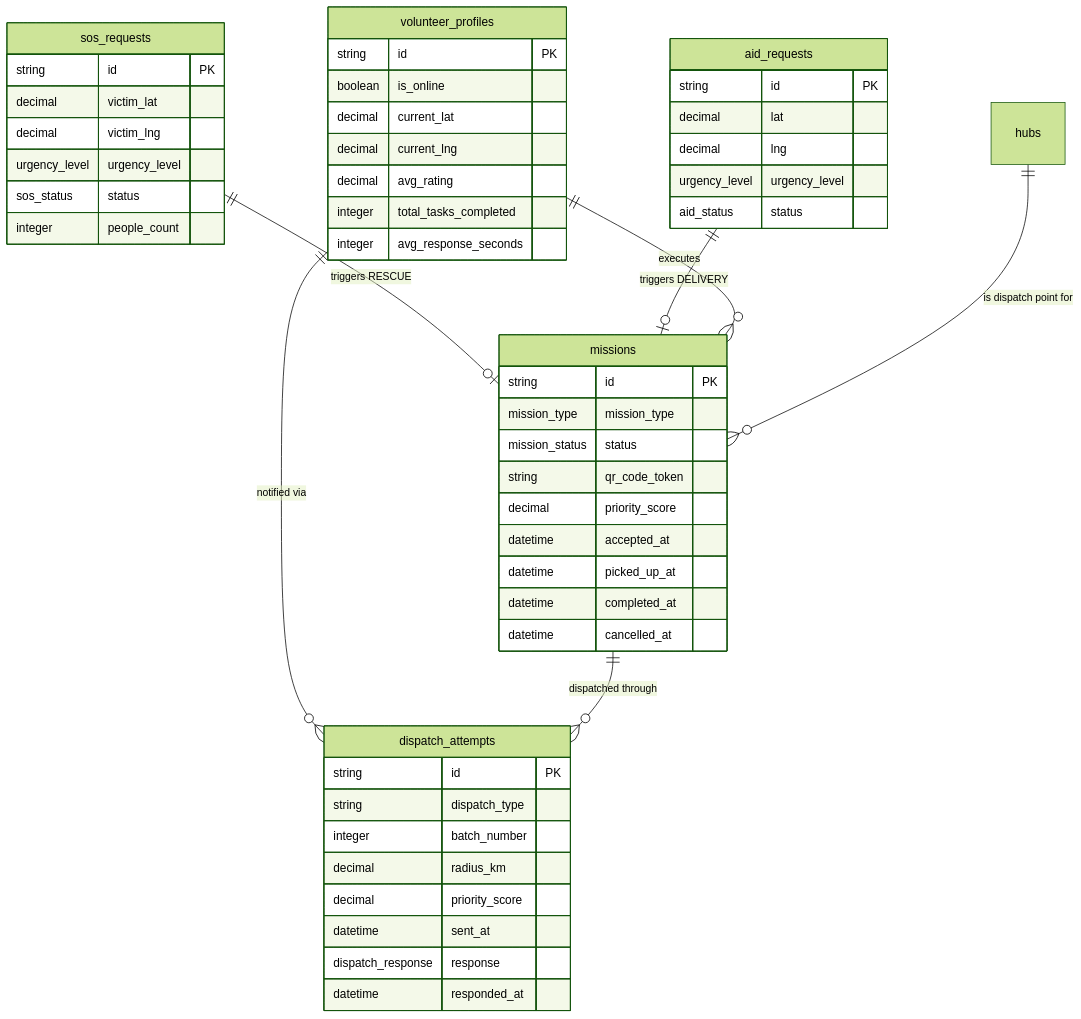
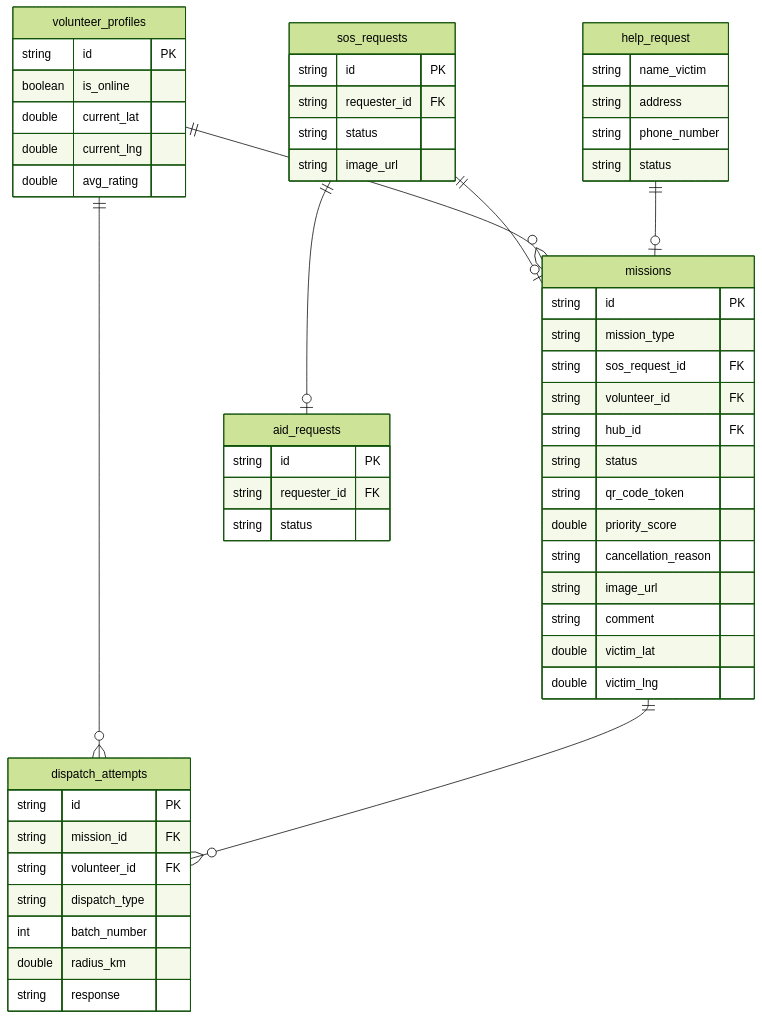
One commit to phatnguyen975/AidBridge changed the fifth of 6 diagrams in docs/database/md/erd.md. Above: the diagram before and after it, drawn with Mermaid (forest theme). The commit also changed other lines of this file and 11 other files, not shown here.

Commit message:
chores: update erd

````diff
--- a/docs/database/md/erd.md
+++ b/docs/database/md/erd.md
@@ -535,59 +506,58 @@
 ```mermaid
 erDiagram
-    sos_requests {
+    missions {
         string id PK
-        decimal victim_lat
-        decimal victim_lng
-        urgency_level urgency_level
-        sos_status status
-        integer people_count
+        string mission_type
+        string sos_request_id FK
+        string volunteer_id FK
+        string hub_id FK
+        string status
+        string qr_code_token
+        double priority_score
+        string cancellation_reason
+        string image_url
+        string comment
+        double victim_lat
+        double victim_lng
     }
-
-    aid_requests {
+    dispatch_attempts {
         string id PK
-        decimal lat
-        decimal lng
-        urgency_level urgency_level
-        aid_status status
+        string mission_id FK
+        string volunteer_id FK
+        string dispatch_type
+        int batch_number
+        double radius_km
+        string response
     }
-
     volunteer_profiles {
         string id PK
         boolean is_online
-        decimal current_lat
-        decimal current_lng
-        decimal avg_rating
-        integer total_tasks_completed
-        integer avg_response_seconds
+        double current_lat
+        double current_lng
+        double avg_rating
+    }
+    sos_requests {
+        string id PK
+        string requester_id FK
+        string status
+        string image_url
+    }
+    aid_requests {
+        string id PK
+        string requester_id FK
+        string status
+    }
+    help_request {
+        string name_victim
+        string address
+        string phone_number
+        string status
     }
 
-    missions {
-        string id PK
-        mission_type mission_type
-        mission_status status
-        string qr_code_token
-        decimal priority_score
-        datetime accepted_at
-        datetime picked_up_at
-        datetime completed_at
-        datetime cancelled_at
-    }
-
-    dispatch_attempts {
-        string id PK
-        string dispatch_type
-        integer batch_number
-        decimal radius_km
-        decimal priority_score
-        datetime sent_at
-        dispatch_response response
-        datetime responded_at
-    }
-
-    sos_requests       ||--o| missions          : "triggers RESCUE"
-    aid_requests       ||--o| missions          : "triggers DELIVERY"
-    volunteer_profiles ||--o{ missions          : "executes"
-    hubs               ||--o{ missions          : "is dispatch point for"
-    volunteer_profiles ||--o{ dispatch_attempts : "notified via"
-    missions           ||--o{ dispatch_attempts : "dispatched through"
+    sos_requests ||--o| missions : ""
+    volunteer_profiles ||--o{ missions : ""
+    volunteer_profiles ||--o{ dispatch_attempts : ""
+    missions ||--o{ dispatch_attempts : ""
+    sos_requests ||--o| aid_requests : ""
+    help_request ||--o| missions : ""
 ```
````
